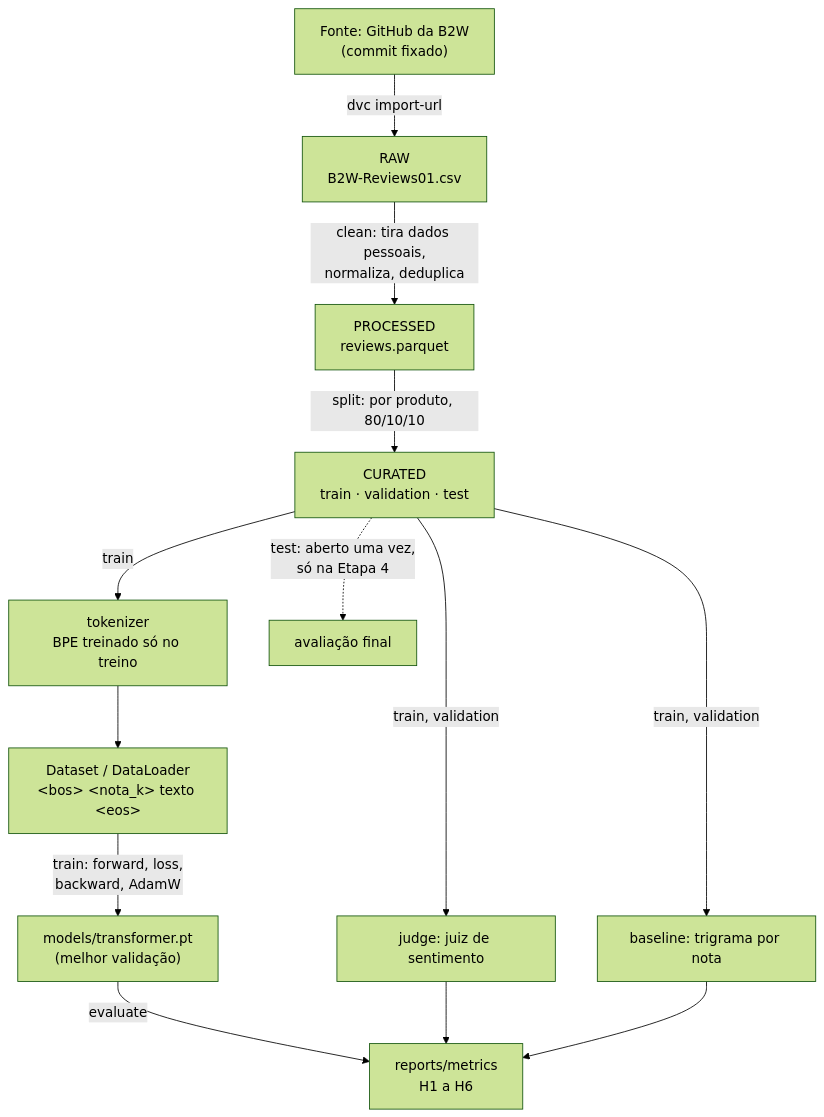
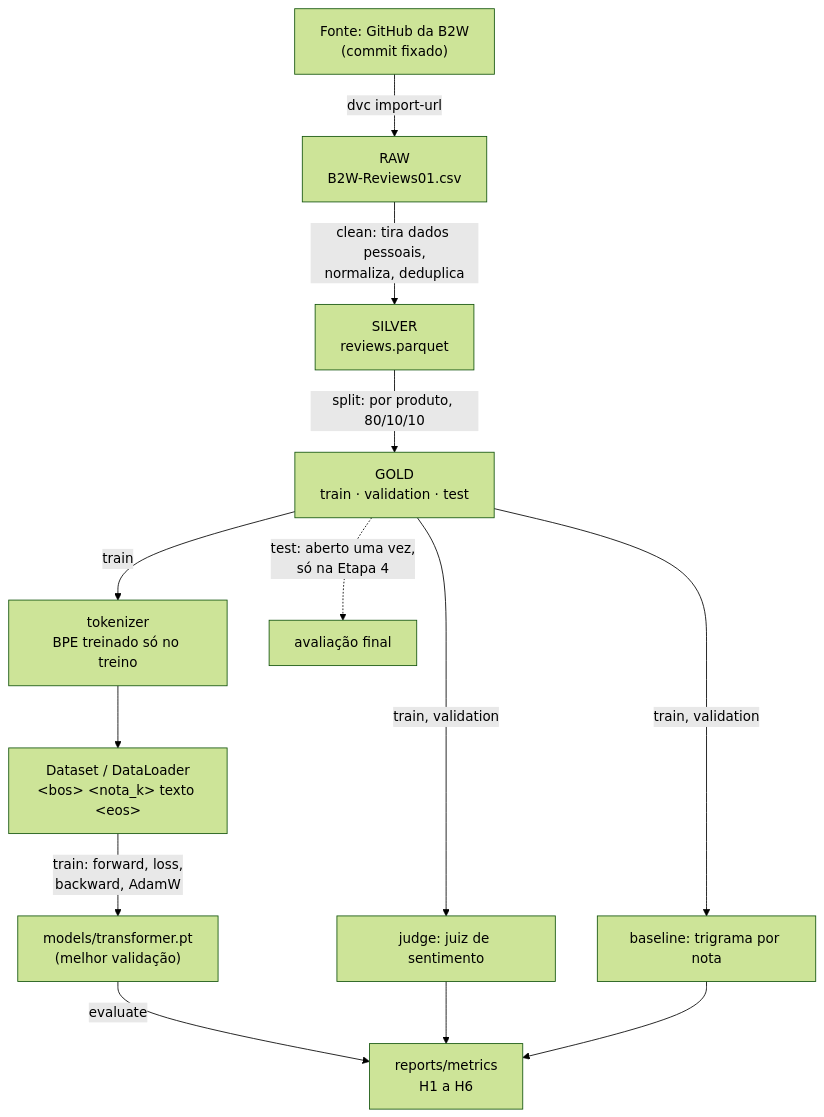
One commit to kkmarkus/nano-review changed the diagram in README.md. Above: the diagram before and after it, drawn with Mermaid (forest theme). The commit also changed other lines of this file and 1 other file, not shown here.

Commit message:
feat: relatorio final (dados, IA propria, MLOps, etica, limitacoes e referencias) e link no README, que tambem passa a usar silver e gold

````diff
--- a/README.md
+++ b/README.md
@@ -93,15 +93,15 @@
 ```mermaid
 flowchart TD
     src["Fonte: GitHub da B2W<br/>(commit fixado)"] -->|"dvc import-url"| raw["RAW<br/>B2W-Reviews01.csv"]
-    raw -->|"clean: tira dados pessoais,<br/>normaliza, deduplica"| proc["PROCESSED<br/>reviews.parquet"]
-    proc -->|"split: por produto, 80/10/10"| cur["CURATED<br/>train · validation · test"]
+    raw -->|"clean: tira dados pessoais,<br/>normaliza, deduplica"| proc["SILVER<br/>reviews.parquet"]
+    proc -->|"split: por produto, 80/10/10"| cur["GOLD<br/>train · validation · test"]
     cur -->|"train"| tok["tokenizer<br/>BPE treinado só no treino"]
     tok --> ds["Dataset / DataLoader<br/>#lt;bos#gt; #lt;nota_k#gt; texto #lt;eos#gt;"]
     ds -->|"train: forward, loss,<br/>backward, AdamW"| ckpt["models/transformer.pt<br/>(melhor validação)"]
     ckpt -->|"evaluate"| eval["reports/metrics<br/>H1 a H6"]
     cur -->|"train, validation"| judge["judge: juiz de sentimento"]
     cur -->|"train, validation"| base["baseline: trigrama por nota"]
     judge --> eval
     base --> eval
     cur -.->|"test: aberto uma vez,<br/>só na Etapa 4"| final["avaliação final"]
 ```
````
